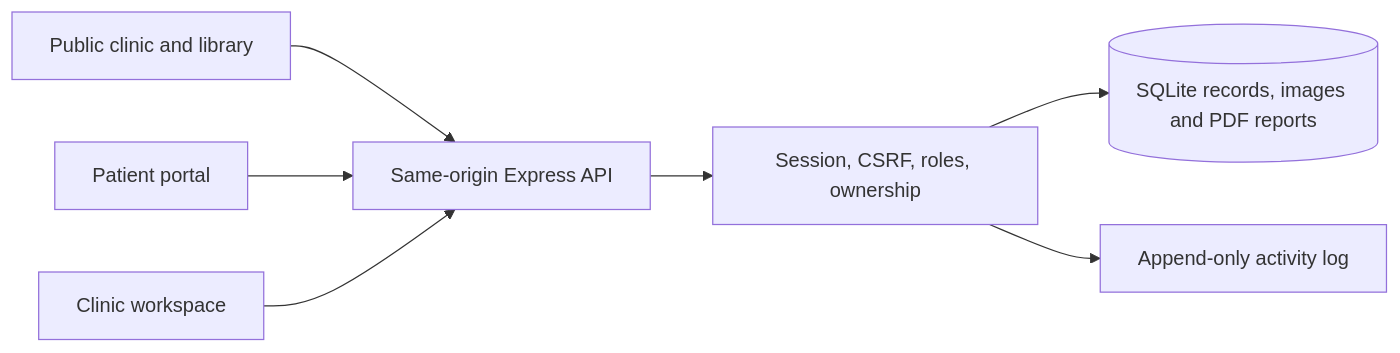
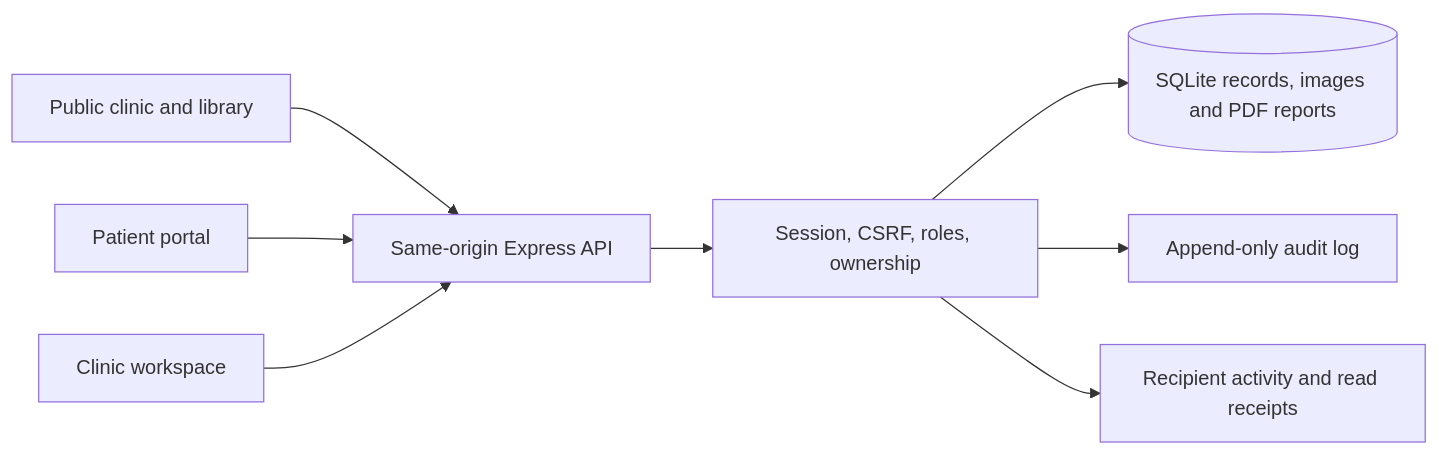
One commit to rakshitachopade2-del/doctor changed the diagram in docs/ARCHITECTURE.md. Above: the diagram before and after it, drawn with Mermaid. The commit also changed other lines of this file and 32 other files, not shown here.

Commit message:
feat: complete follow-up reviews and private activity inbox

````diff
--- a/docs/ARCHITECTURE.md
+++ b/docs/ARCHITECTURE.md
@@ -9,9 +9,10 @@
 ```mermaid
 flowchart LR
   Public[Public clinic and library] --> API[Same-origin Express API]
   Patient[Patient portal] --> API
   Staff[Clinic workspace] --> API
   API --> Access[Session, CSRF, roles, ownership]
   Access --> Records[(SQLite records, images and PDF reports)]
-  Access --> Audit[Append-only activity log]
+  Access --> Audit[Append-only audit log]
+  Access --> Inbox[Recipient activity and read receipts]
 ```
````
